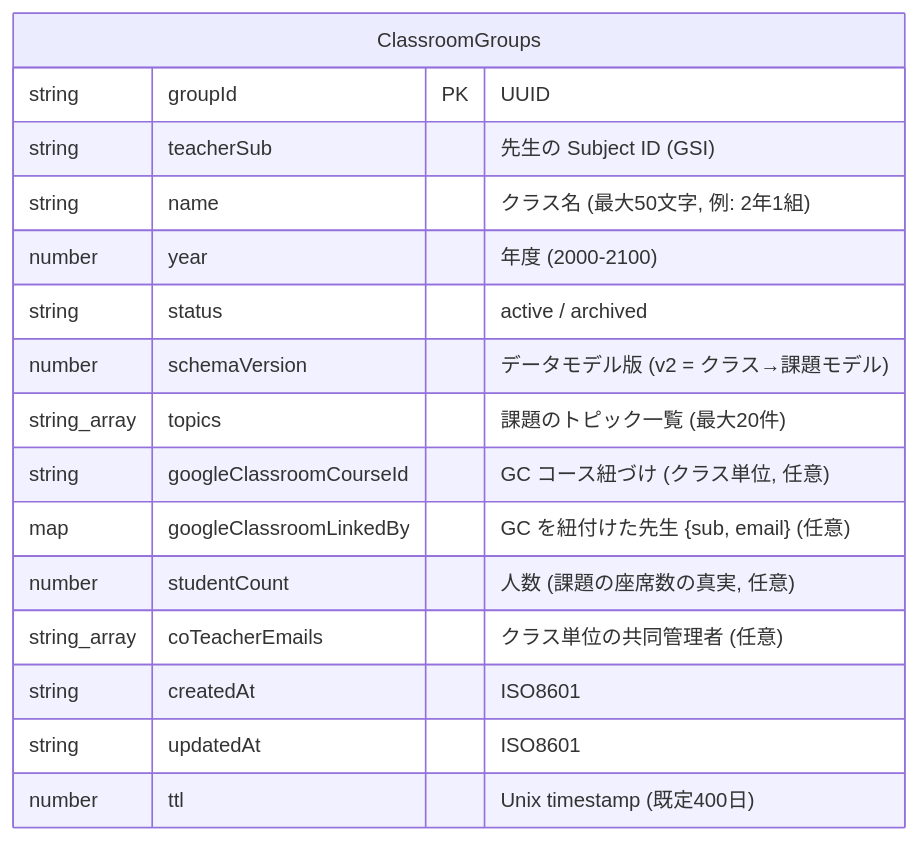
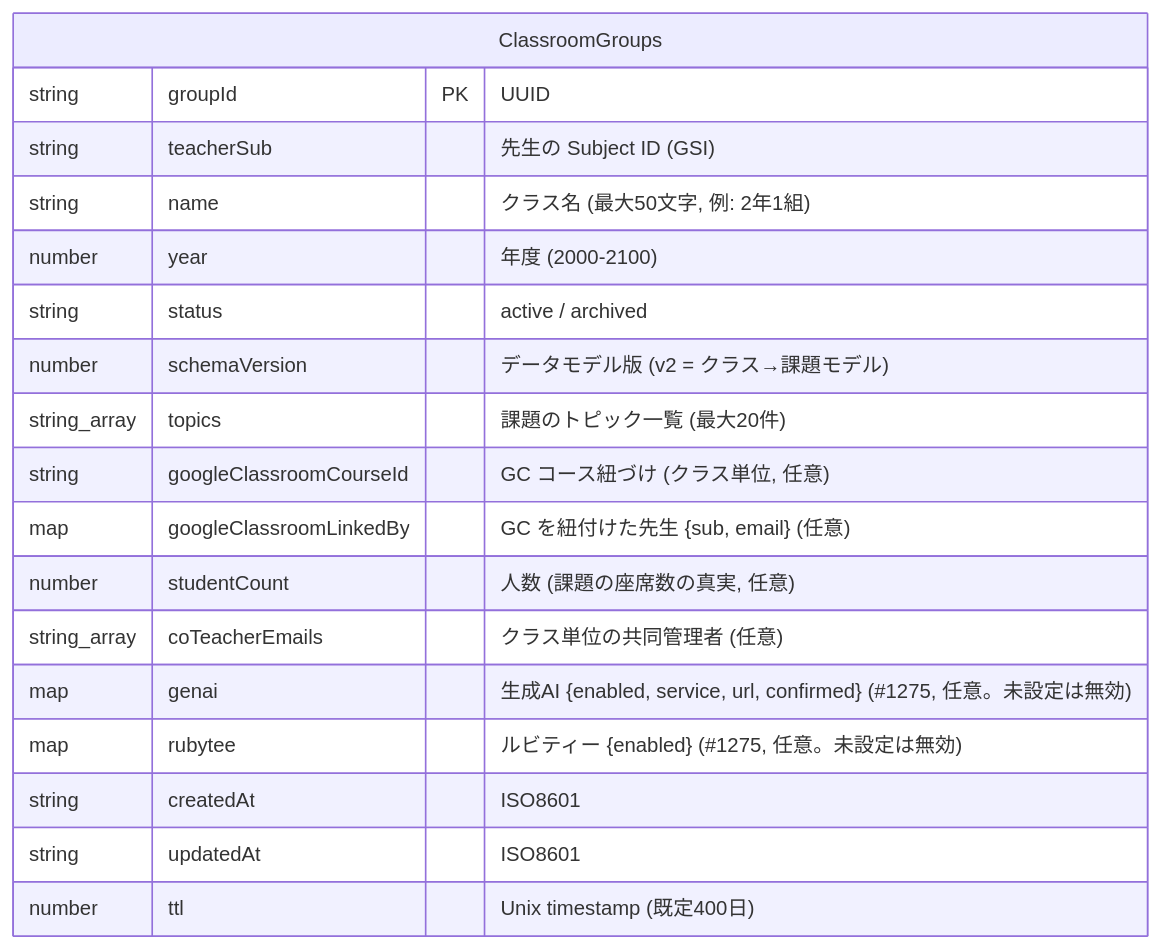
One commit to smalruby/smalruby3-editor changed the eighth of 8 diagrams in docs/classroom/architecture.md. Above: the diagram before and after it, drawn with Mermaid. The commit also changed other lines of this file and 3 other files, not shown here.

````diff
--- a/docs/classroom/architecture.md
+++ b/docs/classroom/architecture.md
@@ -480,19 +480,21 @@
 ```mermaid
 erDiagram
     ClassroomGroups {
         string groupId PK "UUID"
         string teacherSub "先生の Subject ID (GSI)"
         string name "クラス名 (最大50文字, 例: 2年1組)"
         number year "年度 (2000-2100)"
         string status "active / archived"
         number schemaVersion "データモデル版 (v2 = クラス→課題モデル)"
         string_array topics "課題のトピック一覧 (最大20件)"
         string googleClassroomCourseId "GC コース紐づけ (クラス単位, 任意)"
         map googleClassroomLinkedBy "GC を紐付けた先生 {sub, email} (任意)"
         number studentCount "人数 (課題の座席数の真実, 任意)"
         string_array coTeacherEmails "クラス単位の共同管理者 (任意)"
+        map genai "生成AI {enabled, service, url, confirmed} (#1275, 任意。未設定は無効)"
+        map rubytee "ルビティー {enabled} (#1275, 任意。未設定は無効)"
         string createdAt "ISO8601"
         string updatedAt "ISO8601"
         number ttl "Unix timestamp (既定400日)"
     }
 ```
````
